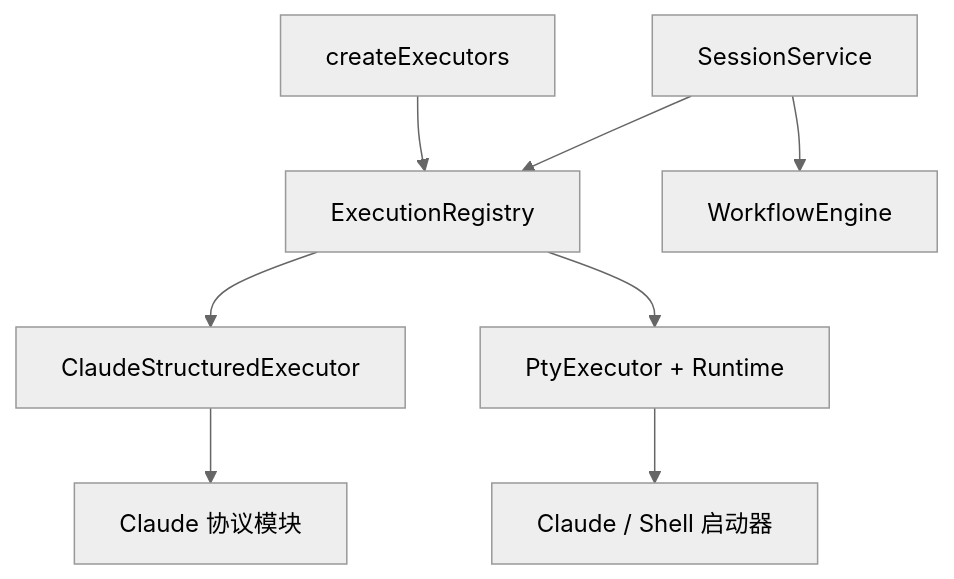
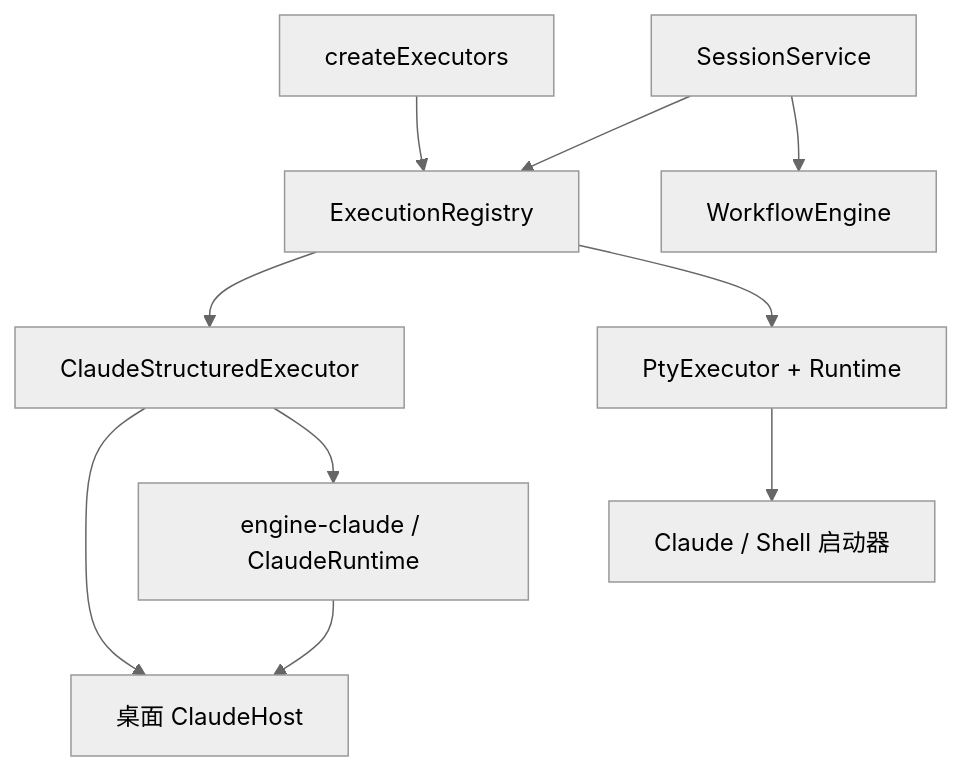
One commit to lixia3987-netizen/cc-desk changed the diagram in docs/ARCHITECTURE.md. Above: the diagram before and after it, drawn with Mermaid (neutral theme). The commit also changed other lines of this file and 8 other files, not shown here.

````diff
--- a/docs/ARCHITECTURE.md
+++ b/docs/ARCHITECTURE.md
@@ -40,10 +47,12 @@
 ```mermaid
 flowchart TD
   Root["createExecutors"] --> Registry["ExecutionRegistry"]
   Service["SessionService"] --> Registry
   Service --> Workflow["WorkflowEngine"]
   Registry --> Structured["ClaudeStructuredExecutor"]
   Registry --> Terminal["PtyExecutor + Runtime"]
-  Structured --> Protocol["Claude 协议模块"]
+  Structured --> Host["桌面 ClaudeHost"]
+  Structured --> Engine["engine-claude / ClaudeRuntime"]
+  Engine --> Host
   Terminal --> Launchers["Claude / Shell 启动器"]
 ```
````
